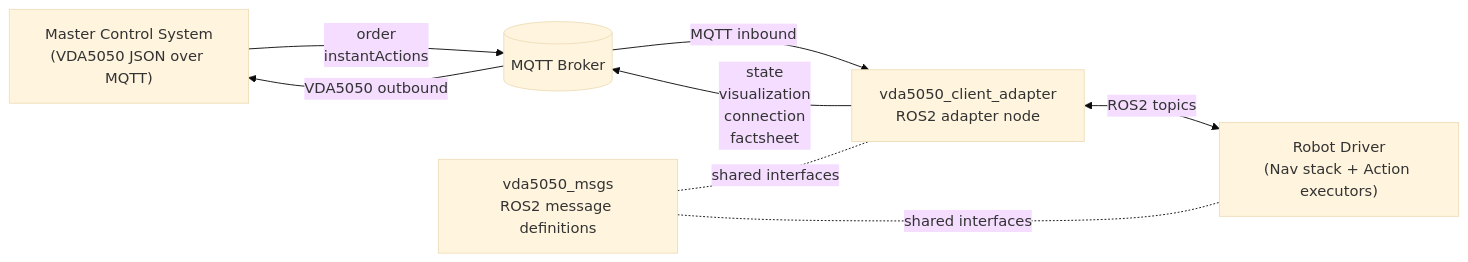
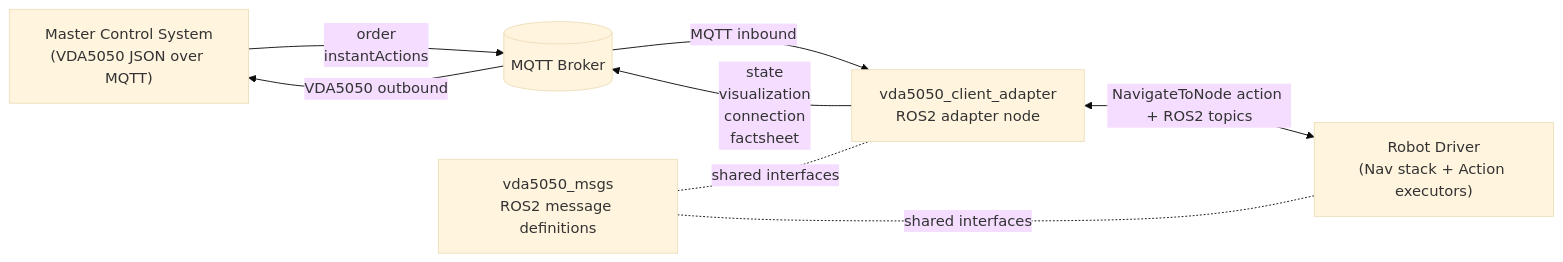
One commit to NhatTran-97/eiu-vda5050-support-open-rmf changed the first of 7 diagrams in vda5050_client_adapter/docs/architecture.md. Above: the diagram before and after it, drawn with Mermaid (base theme). The commit also changed other lines of this file and 21 other files, not shown here.

First line of the commit message:
vda5050_client_adapter: own the order, drive bridge via NavigateToNode

````diff
--- a/vda5050_client_adapter/docs/architecture.md
+++ b/vda5050_client_adapter/docs/architecture.md
@@ -9,17 +9,17 @@
 ```mermaid
 flowchart LR
     MC["Master Control System\n(VDA5050 JSON over MQTT)"]
     Broker[("MQTT Broker")]
     Adapter["vda5050_client_adapter\nROS2 adapter node"]
     Msgs["vda5050_msgs\nROS2 message definitions"]
     Robot["Robot Driver\n(Nav stack + Action executors)"]
 
     MC -->|order\ninstantActions| Broker
     Broker -->|MQTT inbound| Adapter
     Adapter -->|state\nvisualization\nconnection\nfactsheet| Broker
     Broker -->|VDA5050 outbound| MC
 
-    Adapter <-->|ROS2 topics| Robot
+    Adapter <-->|NavigateToNode action + ROS2 topics| Robot
     Msgs -.-|shared interfaces| Adapter
     Msgs -.-|shared interfaces| Robot
 ```
````
